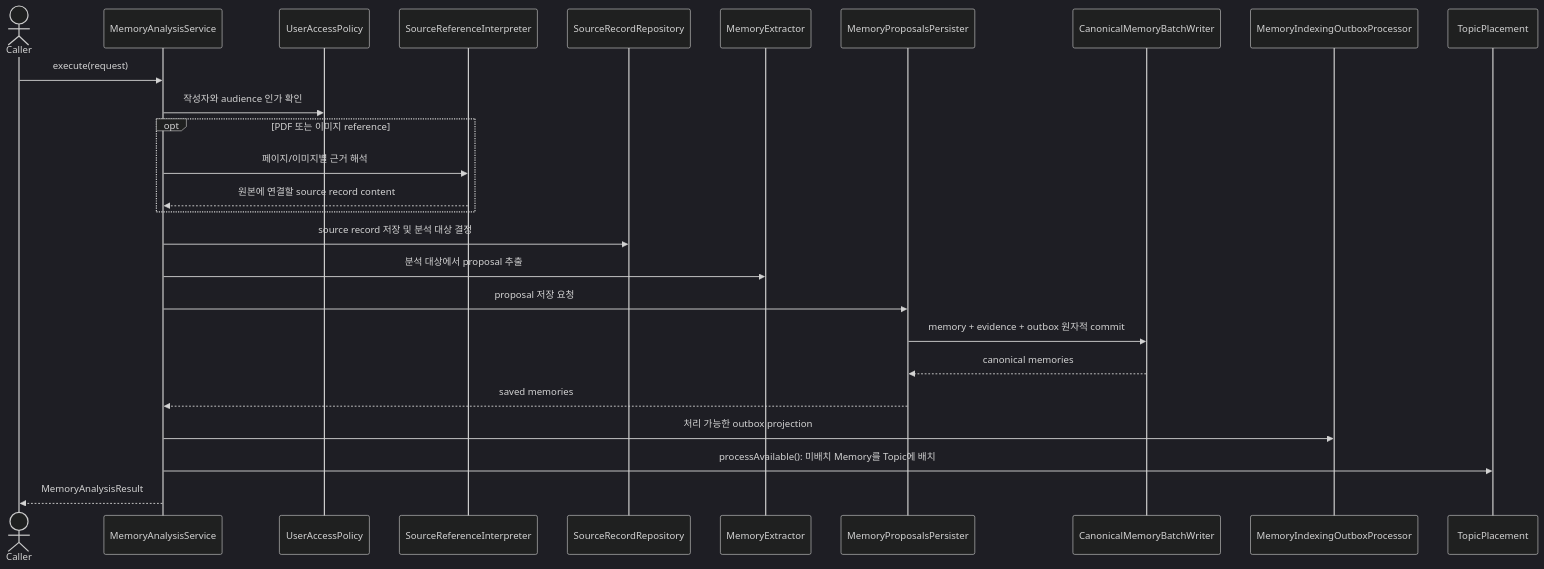
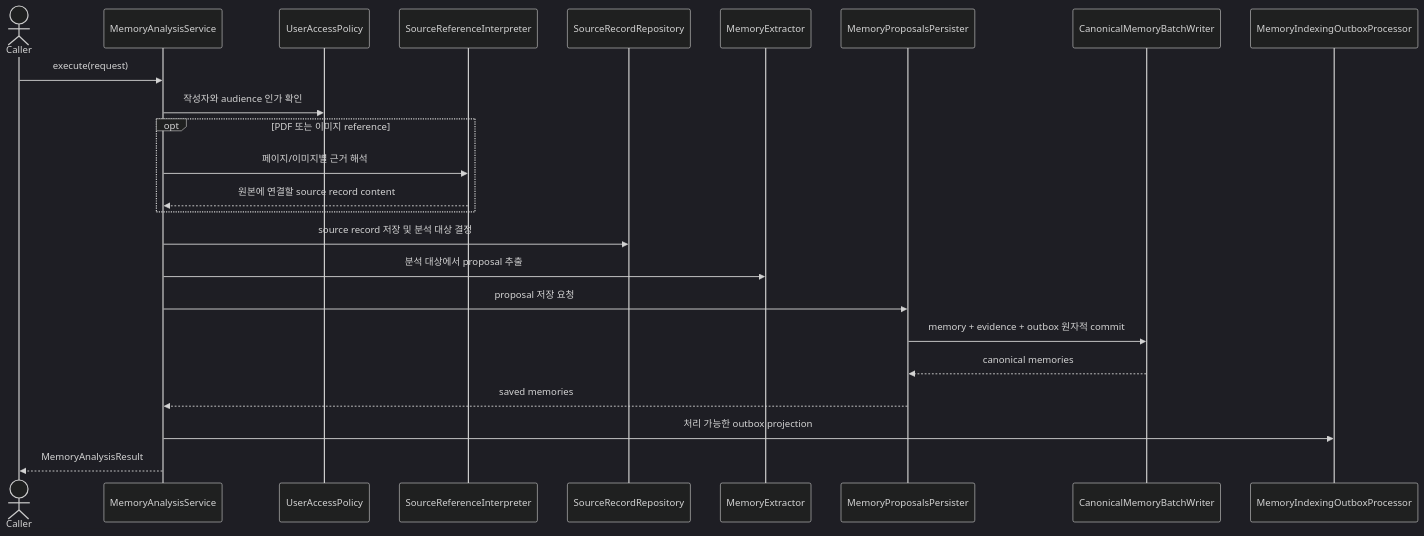
The first of 2 diagrams in application/src/main/kotlin/com/homeassistant/application/usecase/README.md (magenta1223/home_assistant), drawn with Mermaid (dark theme) before and after one commit. The commit also changed other lines of this file and 30 other files, not shown here.

Commit message:
refactor: remove LM-driven Topic generation and automatic placement

````diff
--- a/application/src/main/kotlin/com/homeassistant/application/usecase/README.md
+++ b/application/src/main/kotlin/com/homeassistant/application/usecase/README.md
@@ -21,29 +20,27 @@
 ```mermaid
 sequenceDiagram
     actor Caller
     participant Analysis as MemoryAnalysisService
     participant Access as UserAccessPolicy
     participant Reference as SourceReferenceInterpreter
     participant Sources as SourceRecordRepository
     participant Extractor as MemoryExtractor
     participant Writer as MemoryProposalsPersister
     participant DB as CanonicalMemoryBatchWriter
     participant Indexing as MemoryIndexingOutboxProcessor
-    participant Placement as TopicPlacement
 
     Caller->>Analysis: execute(request)
     Analysis->>Access: 작성자와 audience 인가 확인
     opt PDF 또는 이미지 reference
         Analysis->>Reference: 페이지/이미지별 근거 해석
         Reference-->>Analysis: 원본에 연결할 source record content
     end
     Analysis->>Sources: source record 저장 및 분석 대상 결정
     Analysis->>Extractor: 분석 대상에서 proposal 추출
     Analysis->>Writer: proposal 저장 요청
     Writer->>DB: memory + evidence + outbox 원자적 commit
     DB-->>Writer: canonical memories
     Writer-->>Analysis: saved memories
     Analysis->>Indexing: 처리 가능한 outbox projection
-    Analysis->>Placement: processAvailable(): 미배치 Memory를 Topic에 배치
     Analysis-->>Caller: MemoryAnalysisResult
 ```
````
